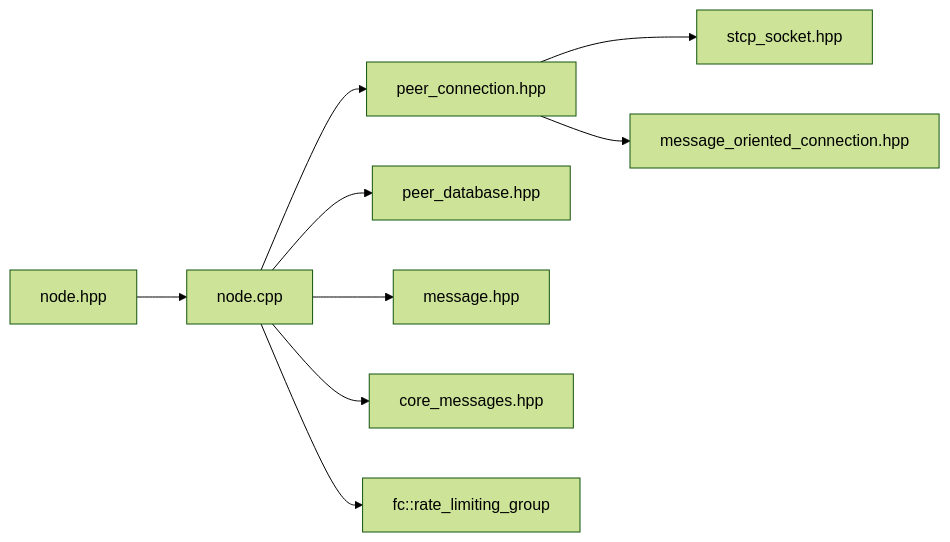
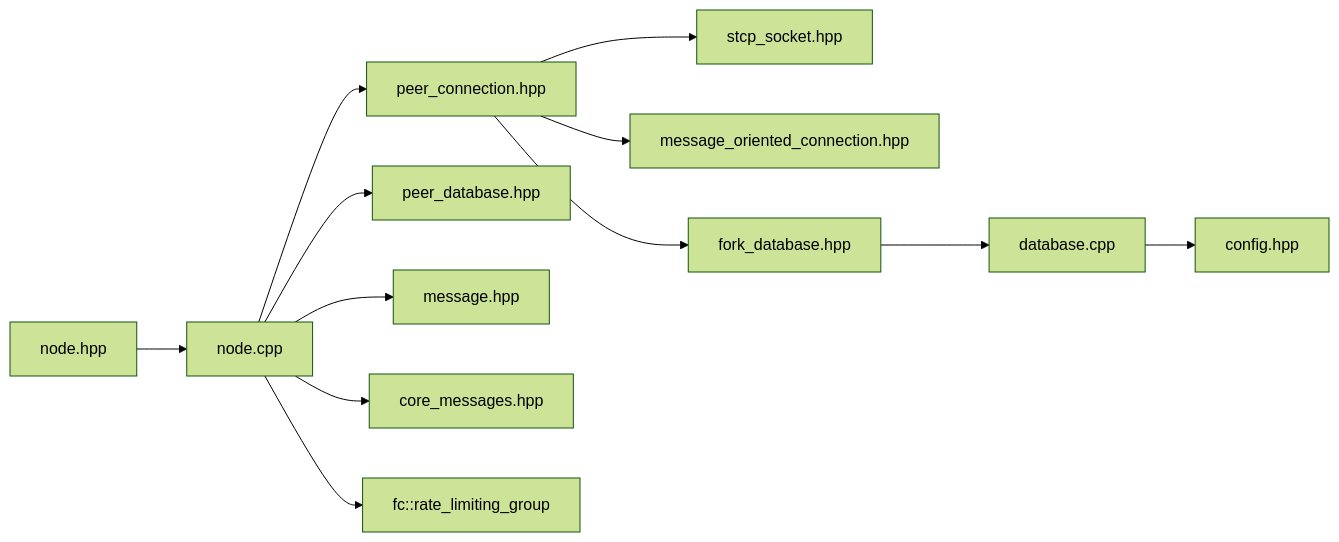
Diagram 11 of 11 in .qoder/repowiki/en/content/Architecture Overview/Core Libraries/Network Library/Node Management.md (VIZ-Blockchain/viz-cpp-node), drawn with Mermaid (forest theme) before and after one commit. The commit also changed other lines of this file and 7 other files, not shown here.

````diff
--- a/.qoder/repowiki/en/content/Architecture Overview/Core Libraries/Network Library/Node Management.md
+++ b/.qoder/repowiki/en/content/Architecture Overview/Core Libraries/Network Library/Node Management.md
@@ -398,11 +523,14 @@
 ```mermaid
 graph LR
 Node["node.hpp"] --> Impl["node.cpp"]
 Impl --> PeerConn["peer_connection.hpp"]
 Impl --> PeerDB["peer_database.hpp"]
 Impl --> Msg["message.hpp"]
 Impl --> CoreMsg["core_messages.hpp"]
 PeerConn --> STCP["stcp_socket.hpp"]
 PeerConn --> MOC["message_oriented_connection.hpp"]
+PeerConn --> ForkDB["fork_database.hpp"]
 Impl --> Rate["fc::rate_limiting_group"]
+ForkDB --> DBC["database.cpp"]
+DBC --> CFG["config.hpp"]
 ```
````
